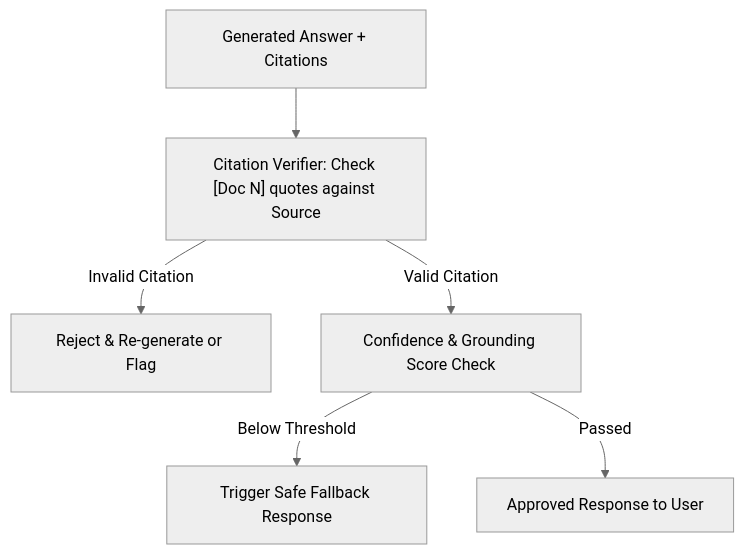
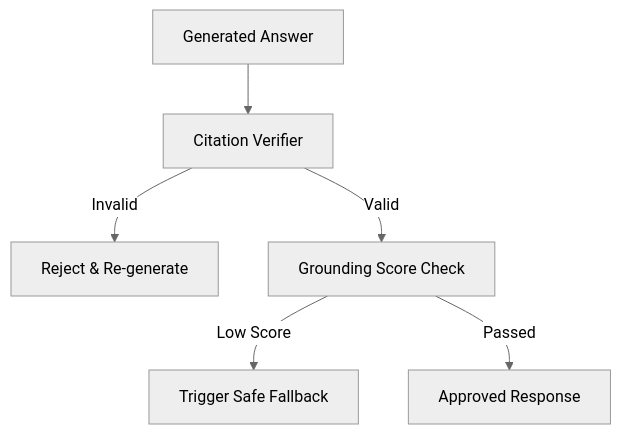
One commit to Souheil007/Rag_Full_Version changed the diagram in plans/plan3.md. Above: the diagram before and after it, drawn with Mermaid (neutral theme). The commit also changed 6 other files, not shown here.

Commit message:
docs: standardize all Mermaid diagrams across docs and plans to clean flowchart format

````diff
--- a/plans/plan3.md
+++ b/plans/plan3.md
@@ -10,8 +10,8 @@
 ```mermaid
 flowchart TD
-    Ans["Generated Answer + Citations"] --> CV["Citation Verifier: Check [Doc N] quotes against Source"]
-    CV -->|"Invalid Citation"| RF["Reject & Re-generate or Flag"]
-    CV -->|"Valid Citation"| CS["Confidence & Grounding Score Check"]
-    CS -->|"Below Threshold"| FB["Trigger Safe Fallback Response"]
-    CS -->|"Passed"| OK["Approved Response to User"]
+    Ans["Generated Answer"] --> CV["Citation Verifier"]
+    CV -->|"Invalid"| RF["Reject & Re-generate"]
+    CV -->|"Valid"| CS["Grounding Score Check"]
+    CS -->|"Low Score"| FB["Trigger Safe Fallback"]
+    CS -->|"Passed"| OK["Approved Response"]
 ```
````
